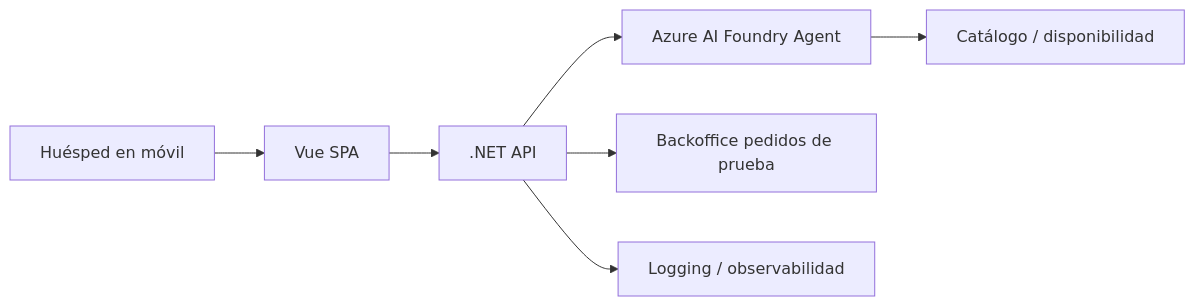
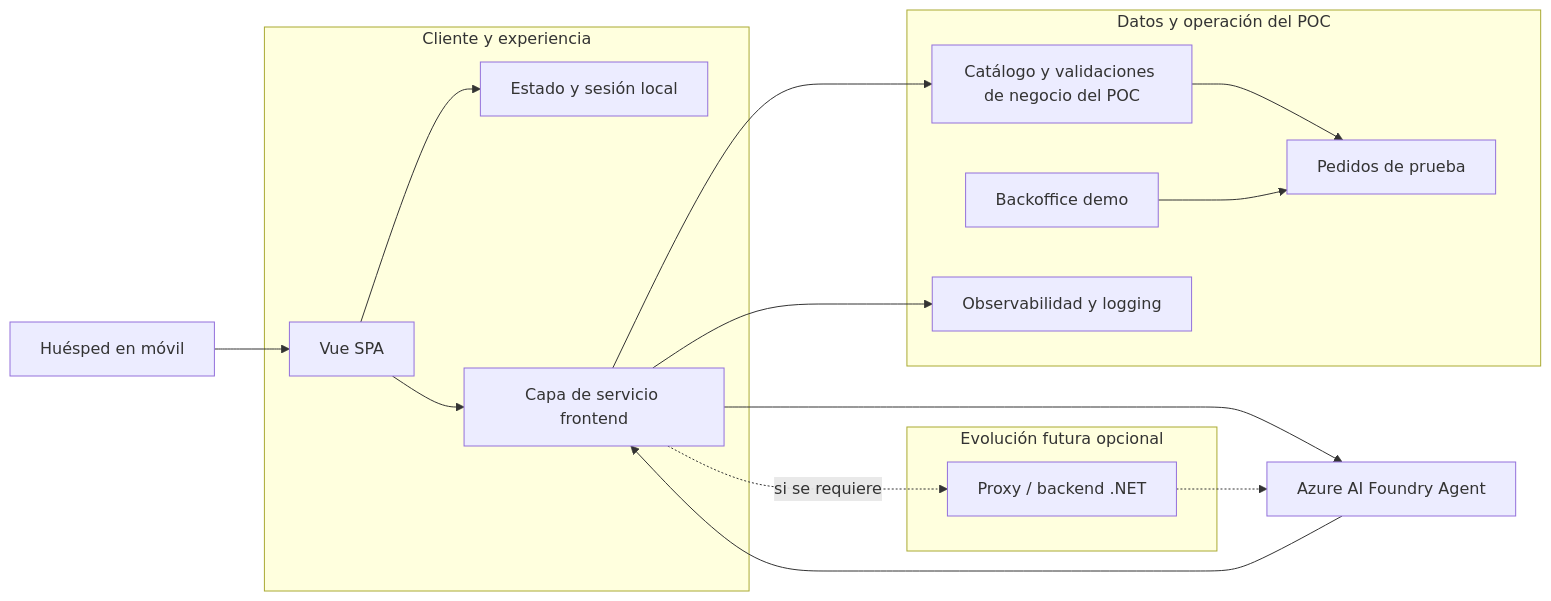
Before and after one commit to CESARDELATORRE/Hack-Team3: the diagram in Specs/Vision-Caso-Uso/implementation-plan.md, drawn with Mermaid. The commit also changed other lines of this file, not shown here.

Commit message:
architecture diagram

````diff
--- a/Specs/Vision-Caso-Uso/implementation-plan.md
+++ b/Specs/Vision-Caso-Uso/implementation-plan.md
@@ -64,9 +64,31 @@
 ```mermaid
 flowchart LR
-    User[Huésped en móvil] --> Web[Vue SPA]
-    Web --> API[.NET API]
-    API --> Agent[Azure AI Foundry Agent]
-    Agent --> Catalog[Catálogo / disponibilidad]
-    API --> Orders[Backoffice pedidos de prueba]
-    API --> Logs[Logging / observabilidad]
+   User[Huésped en móvil] --> SPA[Vue SPA]
+
+   subgraph Client[Cliente y experiencia]
+      SPA --> Session[Estado y sesión local]
+      SPA --> Service[Capa de servicio frontend]
+   end
+
+   Service --> Agent[Azure AI Foundry Agent]
+   Agent --> Service
+
+   subgraph DataOps[Datos y operación del POC]
+      Rules[Catálogo y validaciones de negocio del POC]
+      Orders[Pedidos de prueba]
+      Backoffice[Backoffice demo]
+      Telemetry[Observabilidad y logging]
+      Rules --> Orders
+      Backoffice --> Orders
+   end
+
+   Service --> Rules
+   Service --> Telemetry
+
+   subgraph Future[Evolución futura opcional]
+      Proxy[Proxy / backend .NET]
+   end
+
+   Service -.->|si se requiere| Proxy
+   Proxy -.-> Agent
 ```
````
